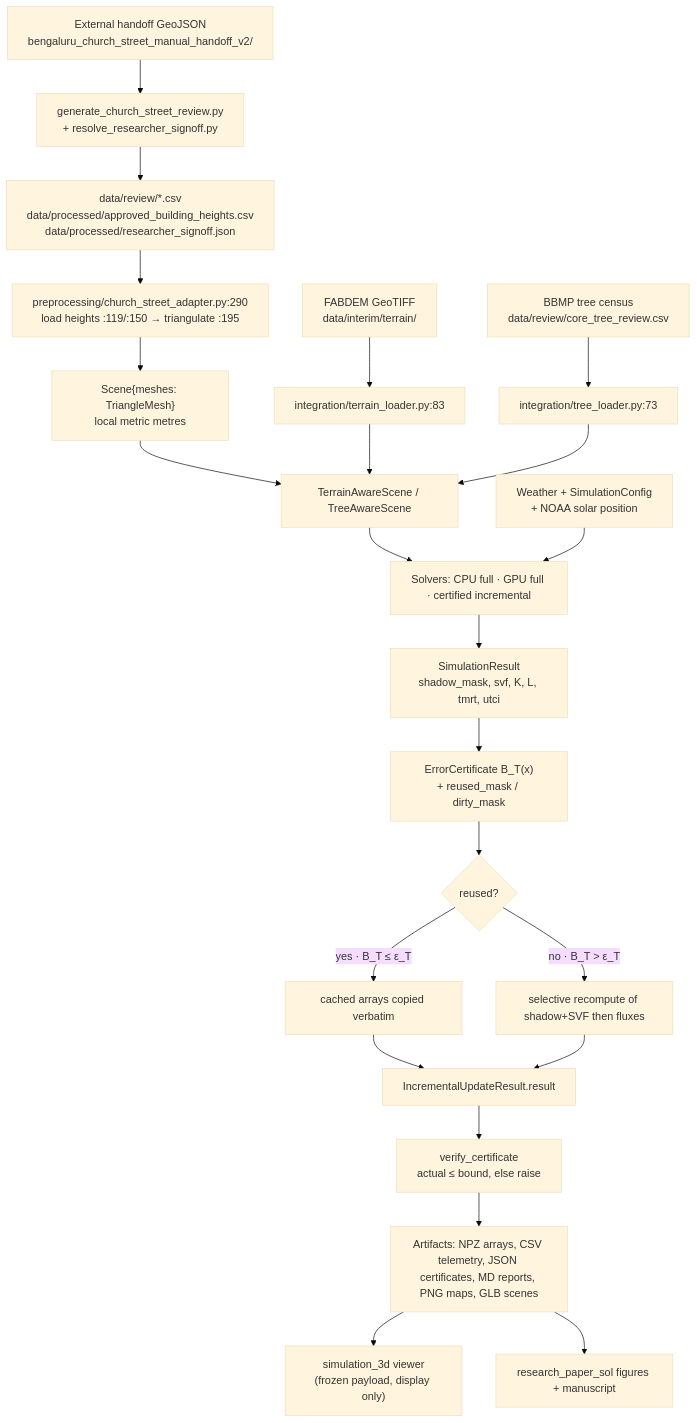
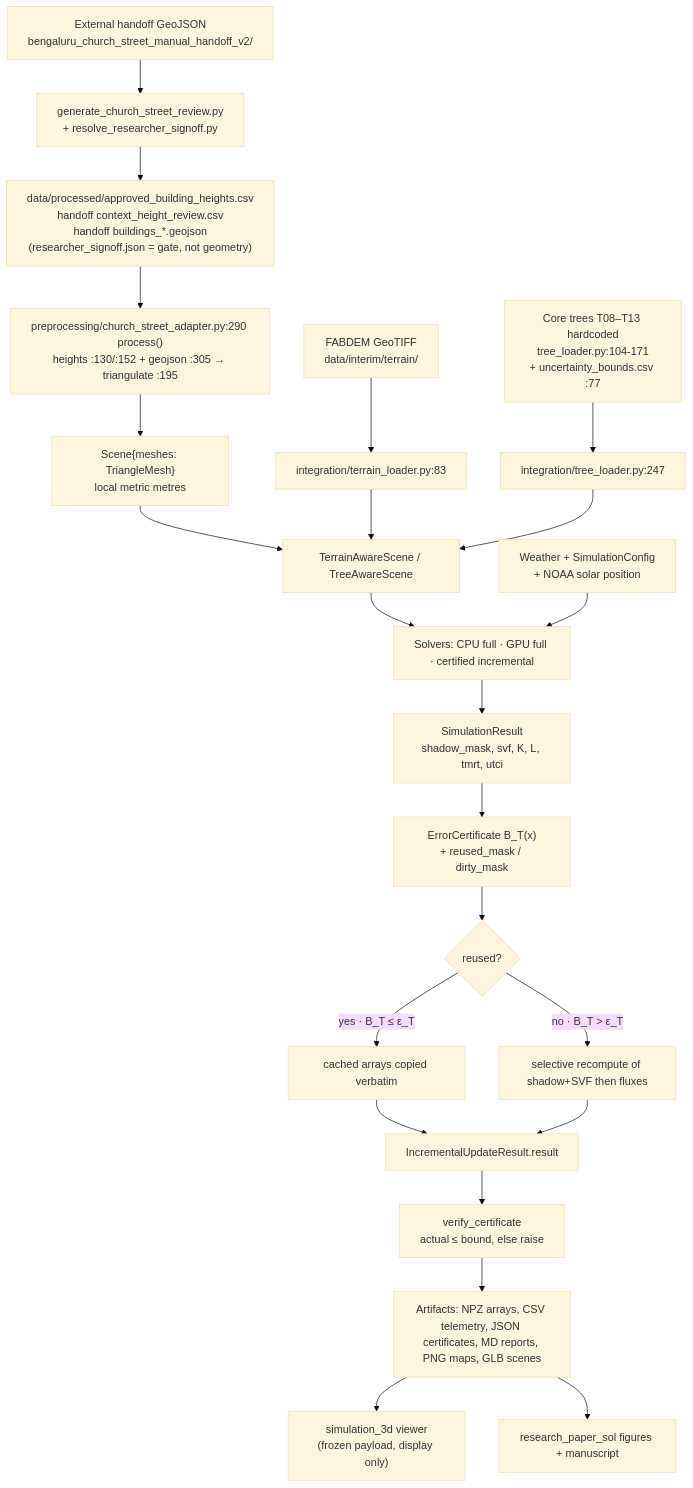
Before and after one commit to ayushsingh08-ds/solaraeus-: the fifth of 5 diagrams in PROJECT_STRUCTURE.md, drawn with Mermaid (base theme). The commit also changed other lines of this file, not shown here.

Commit message:
docs: correct verified-wrong data links and import-cycle severity in structural audit

````diff
--- a/PROJECT_STRUCTURE.md
+++ b/PROJECT_STRUCTURE.md
@@ -724,25 +726,25 @@
 ```mermaid
 flowchart TD
     A["External handoff GeoJSON<br/>bengaluru_church_street_manual_handoff_v2/"] --> B["generate_church_street_review.py<br/>+ resolve_researcher_signoff.py"]
-    B --> C["data/review/*.csv<br/>data/processed/approved_building_heights.csv<br/>data/processed/researcher_signoff.json"]
-    C --> D["preprocessing/church_street_adapter.py:290<br/>load heights :119/:150 → triangulate :195"]
+    B --> C["data/processed/approved_building_heights.csv<br/>handoff context_height_review.csv<br/>handoff buildings_*.geojson<br/>(researcher_signoff.json = gate, not geometry)"]
+    C --> D["preprocessing/church_street_adapter.py:290 process()<br/>heights :130/:152 + geojson :305 → triangulate :195"]
     D --> E["Scene{meshes: TriangleMesh}<br/>local metric metres"]
     F["FABDEM GeoTIFF<br/>data/interim/terrain/"] --> G["integration/terrain_loader.py:83"]
-    H["BBMP tree census<br/>data/review/core_tree_review.csv"] --> I["integration/tree_loader.py:73"]
+    H["Core trees T08–T13 hardcoded<br/>tree_loader.py:104-171<br/>+ uncertainty_bounds.csv :77"] --> I["integration/tree_loader.py:247"]
     E --> J["TerrainAwareScene / TreeAwareScene"]
     G --> J
     I --> J
     J --> K["Solvers: CPU full · GPU full · certified incremental"]
     L["Weather + SimulationConfig<br/>+ NOAA solar position"] --> K
     K --> M["SimulationResult<br/>shadow_mask, svf, K, L, tmrt, utci"]
     M --> N["ErrorCertificate B_T(x)<br/>+ reused_mask / dirty_mask"]
     N --> O{"reused?"}
     O -->|"yes · B_T ≤ ε_T"| P["cached arrays copied verbatim"]
     O -->|"no · B_T > ε_T"| Q["selective recompute of shadow+SVF then fluxes"]
     P --> R["IncrementalUpdateResult.result"]
     Q --> R
     R --> S["verify_certificate<br/>actual ≤ bound, else raise"]
     S --> T["Artifacts: NPZ arrays, CSV telemetry, JSON certificates, MD reports, PNG maps, GLB scenes"]
     T --> U["simulation_3d viewer<br/>(frozen payload, display only)"]
     T --> V["research_paper_sol figures + manuscript"]
 ```
````
